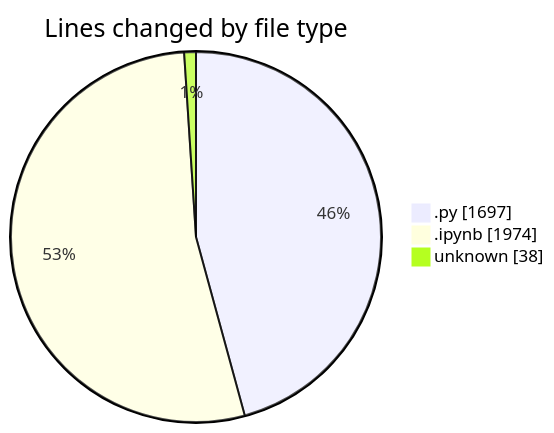
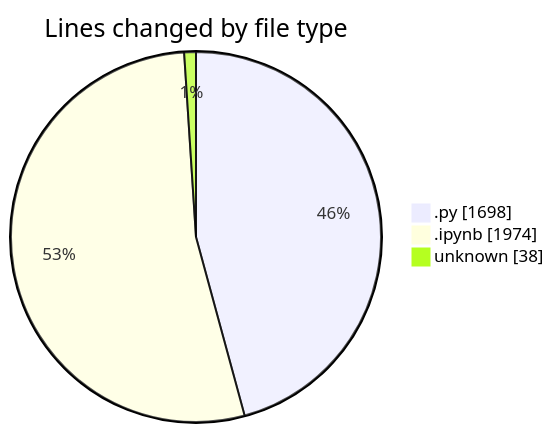
One commit to MatusMokan/code-tracking changed the first of 2 diagrams in 2025-03-21/myws__workspace_/README.md. Above: the diagram before and after it, drawn with Mermaid. The commit also changed other lines of this file and 1 other file, not shown here.

````diff
--- a/2025-03-21/myws__workspace_/README.md
+++ b/2025-03-21/myws__workspace_/README.md
@@ -24,7 +24,7 @@
 ```mermaid
 pie showData
 title Lines changed by file type
-".py" : 1697
+".py" : 1698
 ".ipynb" : 1974
 "unknown" : 38
 ```
````
